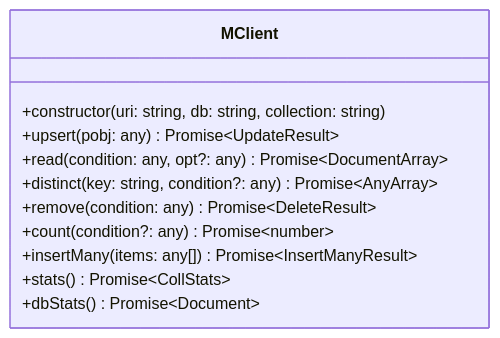
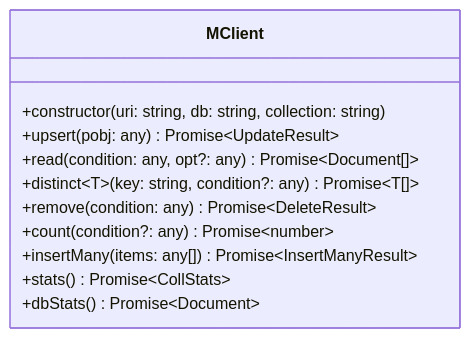
The diagram in docs/md/mclient.md (tomsdoo/mongodbclient), drawn with Mermaid before and after one commit. The commit also changed other lines of this file and 2 other files, not shown here.

Commit message:
distinct() -> distinct<T>() (#81)

````diff
--- a/docs/md/mclient.md
+++ b/docs/md/mclient.md
@@ -5,14 +5,14 @@
 ``` mermaid
 classDiagram
 class MClient {
   +constructor(uri: string, db: string, collection: string)
   +upsert(pobj: any) Promise~UpdateResult~
-  +read(condition: any, opt?: any) Promise~DocumentArray~
-  +distinct(key: string, condition?: any) Promise~AnyArray~
+  +read(condition: any, opt?: any) Promise~Document[]~
+  +distinct~T~(key: string, condition?: any) Promise~T[]~
   +remove(condition: any) Promise~DeleteResult~
   +count(condition?: any) Promise~number~
   +insertMany(items: any[]) Promise~InsertManyResult~
   +stats() Promise~CollStats~
   +dbStats() Promise~Document~
 }
 ```
````
